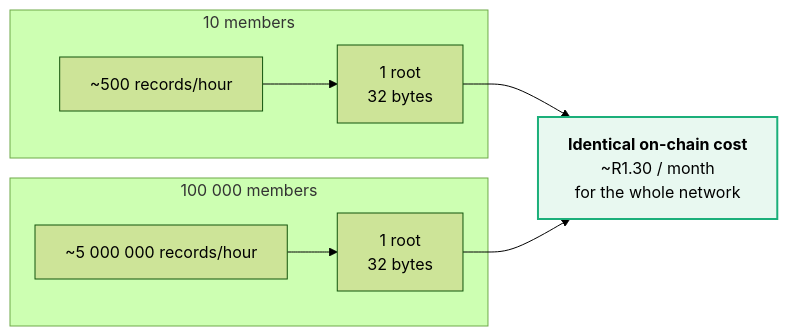
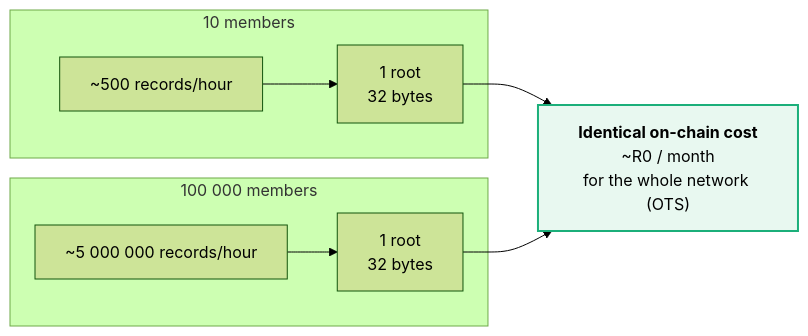
Diagram 22 of 47 in docs/01-ARCHITECTURE.md (LethaboMH14/V.U.KA--Geekulcha), drawn with Mermaid (forest theme) before and after one commit. The commit also changed other lines of this file and 11 other files, not shown here.

First line of the commit message:
fix(P2.11/G22): correct the R1.30/month anchoring figure everywhere

````diff
--- a/docs/01-ARCHITECTURE.md
+++ b/docs/01-ARCHITECTURE.md
@@ -951,12 +951,12 @@
 ```mermaid
 flowchart LR
     subgraph N1["10 members"]
         A1["~500 records/hour"] --> R1["1 root<br/>32 bytes"]
     end
     subgraph N2["100 000 members"]
         A2["~5 000 000 records/hour"] --> R2["1 root<br/>32 bytes"]
     end
-    R1 --> COST["<b>Identical on-chain cost</b><br/>~R1.30 / month<br/>for the whole network"]
+    R1 --> COST["<b>Identical on-chain cost</b><br/>~R0 / month<br/>for the whole network (OTS)"]
     R2 --> COST
     style COST fill:#e8f8f0,stroke:#1baf7a,stroke-width:2px
 ```
````
